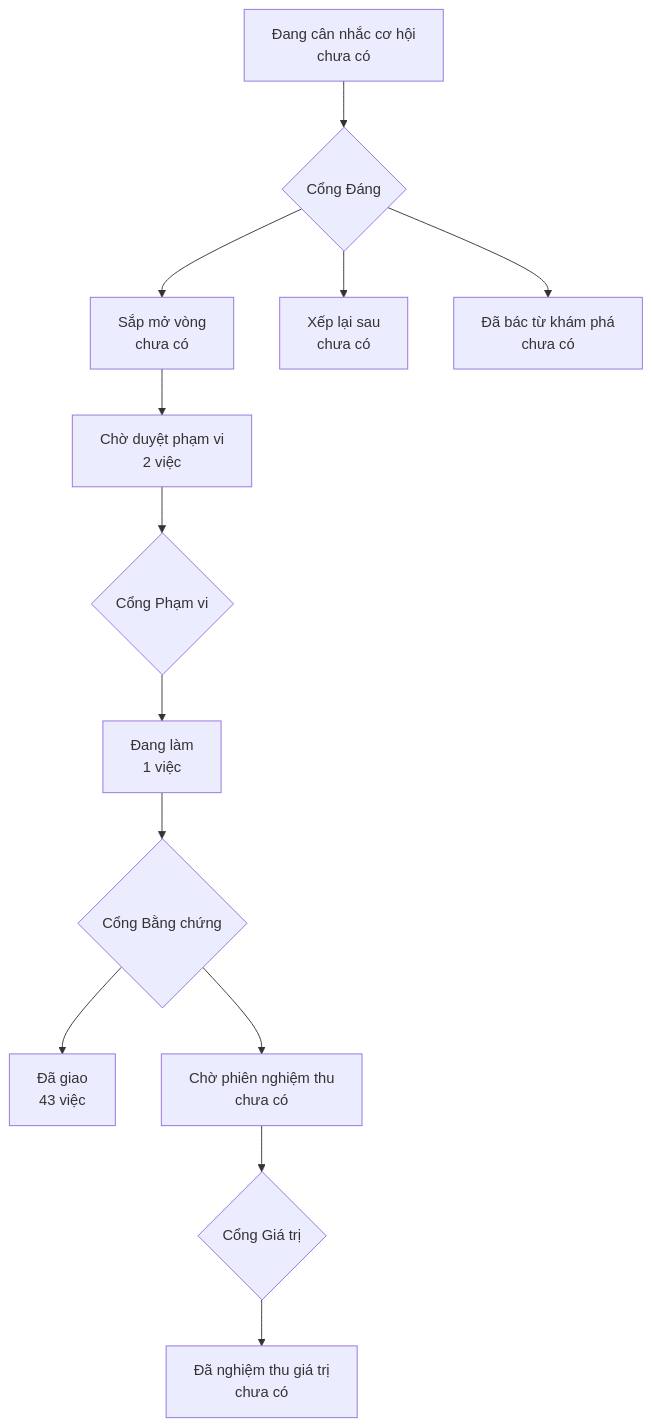
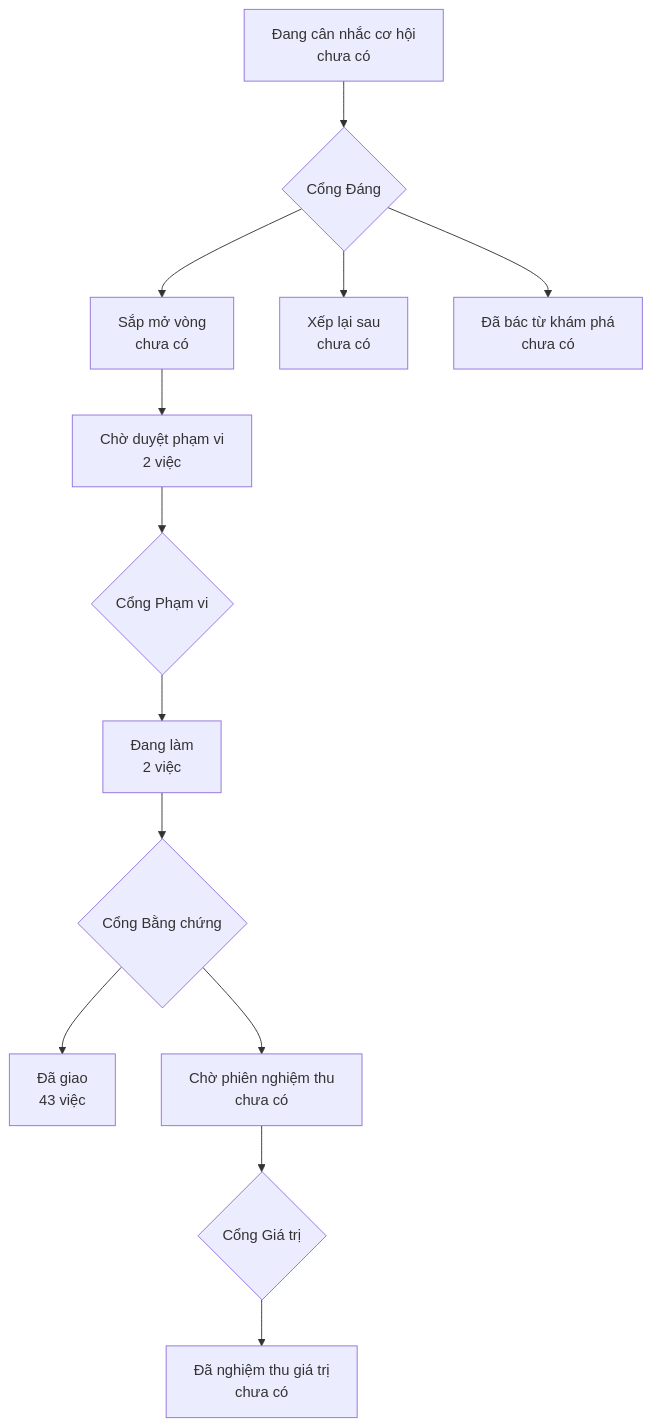
The diagram in PRODUCT-MAP.md (phanlemanh/acceptance-gate-kit), drawn with Mermaid before and after one commit. The commit also changed other lines of this file and 228 other files, not shown here.

Commit message:
release(2.1.0): mở hồ sơ release-2-1-0 làn V — bump 3 manifest, gói plugin diagram-design (vendor có pin, skin sống trong repo), DIAGRAM-RULE §5 cài plugin, P196, S1 artifact + gap-probe

````diff
--- a/PRODUCT-MAP.md
+++ b/PRODUCT-MAP.md
@@ -6,12 +6,12 @@
 ```mermaid
 flowchart TD
   A["Đang cân nhắc cơ hội<br/>chưa có"] --> GD{"Cổng Đáng"}
   GD --> B["Sắp mở vòng<br/>chưa có"]
   GD --> XL["Xếp lại sau<br/>chưa có"]
   GD --> DB["Đã bác từ khám phá<br/>chưa có"]
   B --> CD["Chờ duyệt phạm vi<br/>2 việc"] --> GP{"Cổng Phạm vi"}
-  GP --> DL["Đang làm<br/>1 việc"] --> GB{"Cổng Bằng chứng"}
+  GP --> DL["Đang làm<br/>2 việc"] --> GB{"Cổng Bằng chứng"}
   GB --> DG["Đã giao<br/>43 việc"]
   GB --> CN["Chờ phiên nghiệm thu<br/>chưa có"] --> GG{"Cổng Giá trị"}
   GG --> NT["Đã nghiệm thu giá trị<br/>chưa có"]
 ```
````
